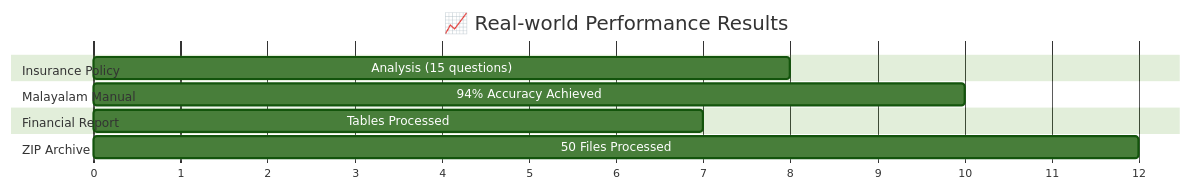
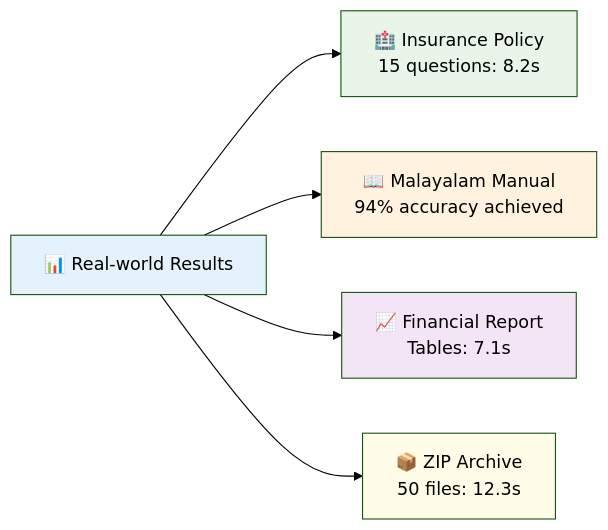
One commit to Gappu824/Bajaj-HachRX_Hustlers changed diagram 12 of 26 in README.md. Above: the diagram before and after it, drawn with Mermaid (forest theme).

````diff
--- a/README.md
+++ b/README.md
@@ -479,18 +479,13 @@
 ```mermaid
-gantt
-    title 📈 Real-world Performance Results
-    dateFormat X
-    axisFormat %s
+graph LR
+    A[📊 Real-world Results] --> B[🏥 Insurance Policy<br/>15 questions: 8.2s]
+    A --> C[📖 Malayalam Manual<br/>94% accuracy achieved]
+    A --> D[📈 Financial Report<br/>Tables: 7.1s]
+    A --> E[📦 ZIP Archive<br/>50 files: 12.3s]
     
-    section Insurance Policy
-    Analysis (15 questions) : 0, 8
-    
-    section Malayalam Manual
-    94% Accuracy Achieved : 0, 10
-    
-    section Financial Report
-    Tables Processed : 0, 7
-    
-    section ZIP Archive
-    50 Files Processed : 0, 12
+    style A fill:#e3f2fd
+    style B fill:#e8f5e8
+    style C fill:#fff3e0
+    style D fill:#f3e5f5
+    style E fill:#fffde7
 ```
````
